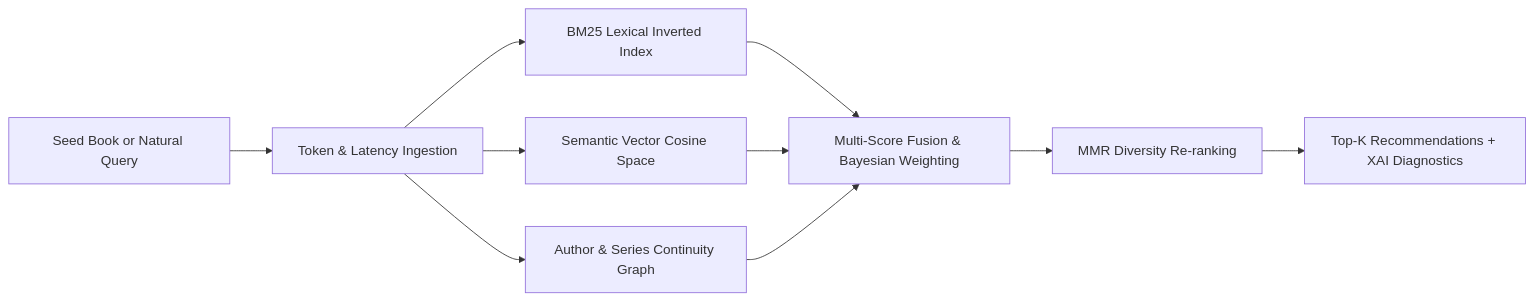
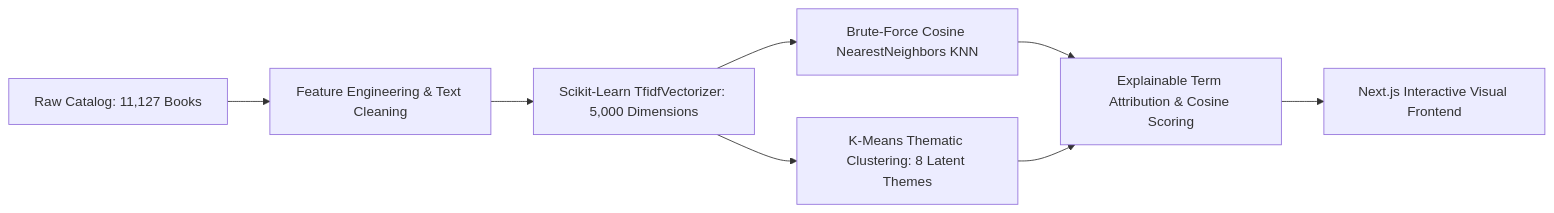
The diagram in README.md (Goutam16-Withcode/Book-Recommondation-System), drawn with Mermaid before and after one commit. The commit also changed other lines of this file and 3 other files, not shown here.

````diff
--- a/README.md
+++ b/README.md
@@ -15,12 +16,10 @@
 ```mermaid
 flowchart LR
-    A[Seed Book or Natural Query] --> B[Token & Latency Ingestion]
-    B --> C[BM25 Lexical Inverted Index]
-    B --> D[Semantic Vector Cosine Space]
-    B --> E[Author & Series Continuity Graph]
-    C --> F[Multi-Score Fusion & Bayesian Weighting]
-    D --> F
+    A[Raw Catalog: 11,127 Books] --> B[Feature Engineering & Text Cleaning]
+    B --> C[Scikit-Learn TfidfVectorizer: 5,000 Dimensions]
+    C --> D[Brute-Force Cosine NearestNeighbors KNN]
+    C --> E[K-Means Thematic Clustering: 8 Latent Themes]
+    D --> F[Explainable Term Attribution & Cosine Scoring]
     E --> F
-    F --> G[MMR Diversity Re-ranking]
-    G --> H[Top-K Recommendations + XAI Diagnostics]
+    F --> G[Next.js Interactive Visual Frontend]
 ```
````
